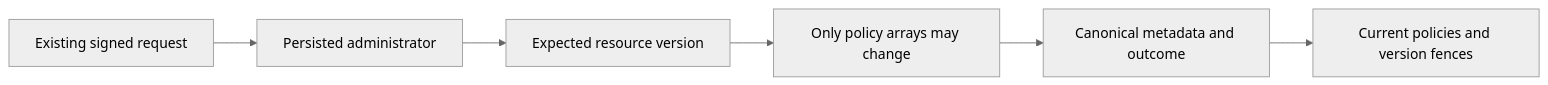
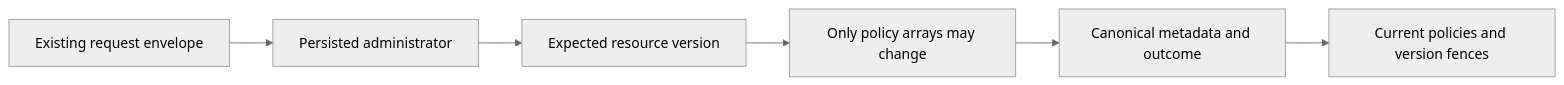
The diagram in docs/ADR/ADR-093-resource-policy-updates.md (managedcode/KeyLoad), drawn with Mermaid (neutral theme) before and after one commit. The commit also changed 174 other files, not shown here.

````diff
--- a/docs/ADR/ADR-093-resource-policy-updates.md
+++ b/docs/ADR/ADR-093-resource-policy-updates.md
@@ -16,8 +16,8 @@
 ```mermaid
 flowchart LR
-  Request[Existing signed request] --> Authority[Persisted administrator]
+  Request[Existing request envelope] --> Authority[Persisted administrator]
   Authority --> CAS[Expected resource version]
   CAS --> Shape[Only policy arrays may change]
   Shape --> Commit[Canonical metadata and outcome]
   Commit --> Reads[Current policies and version fences]
 ```
````
